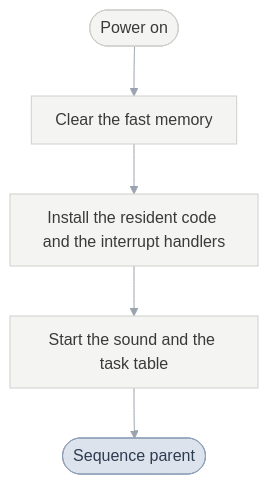
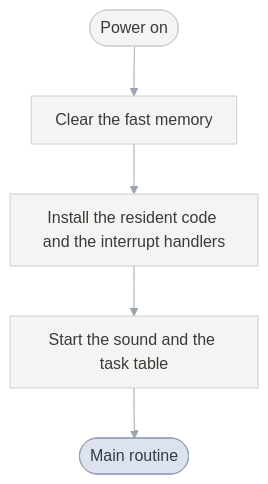
The second of 9 diagrams in games/tbs/README.md (PascalPixel/alchemy), drawn with Mermaid before and after one commit. The commit also changed other lines of this file and 1982 other files, not shown here.

First line of the commit message:
MainRoutine_Run: the main routine, the period's メインルーチン

````diff
--- a/games/tbs/README.md
+++ b/games/tbs/README.md
@@ -86,14 +86,14 @@
 ```mermaid
 %%{init: {"theme": "base", "themeVariables": {"lineColor": "#9AA3AE", "edgeLabelBackground": "#FFFFFF"}, "flowchart": {"curve": "basis", "padding": 12}}}%%
 flowchart TD
   power(["Power on"]) --> memory["Clear the fast memory"] --> irq["Install the resident code and the interrupt handlers"]
-  irq --> services["Start the sound and the task table"] --> seq(["Sequence parent"])
-  classDef sequenceParent fill:#DDE3EC,stroke:#8FA0B8,color:#2E3C50
+  irq --> services["Start the sound and the task table"] --> seq(["Main routine"])
+  classDef mainRoutine fill:#DDE3EC,stroke:#8FA0B8,color:#2E3C50
   classDef fieldSequence fill:#D2EEF3,stroke:#7FC3D0,color:#1E5966
   classDef battle fill:#F6D5D2,stroke:#D9928B,color:#8A2A22
   classDef sceneLoop fill:#D3EBD9,stroke:#8DC49E,color:#25603A
   classDef request fill:#FBE7C6,stroke:#E0B46A,color:#7A5212
   classDef step fill:#F4F4F2,stroke:#CFCFCB,color:#3A3A38
-  class seq sequenceParent
+  class seq mainRoutine
   class power,memory,irq,services step
 ```
````
